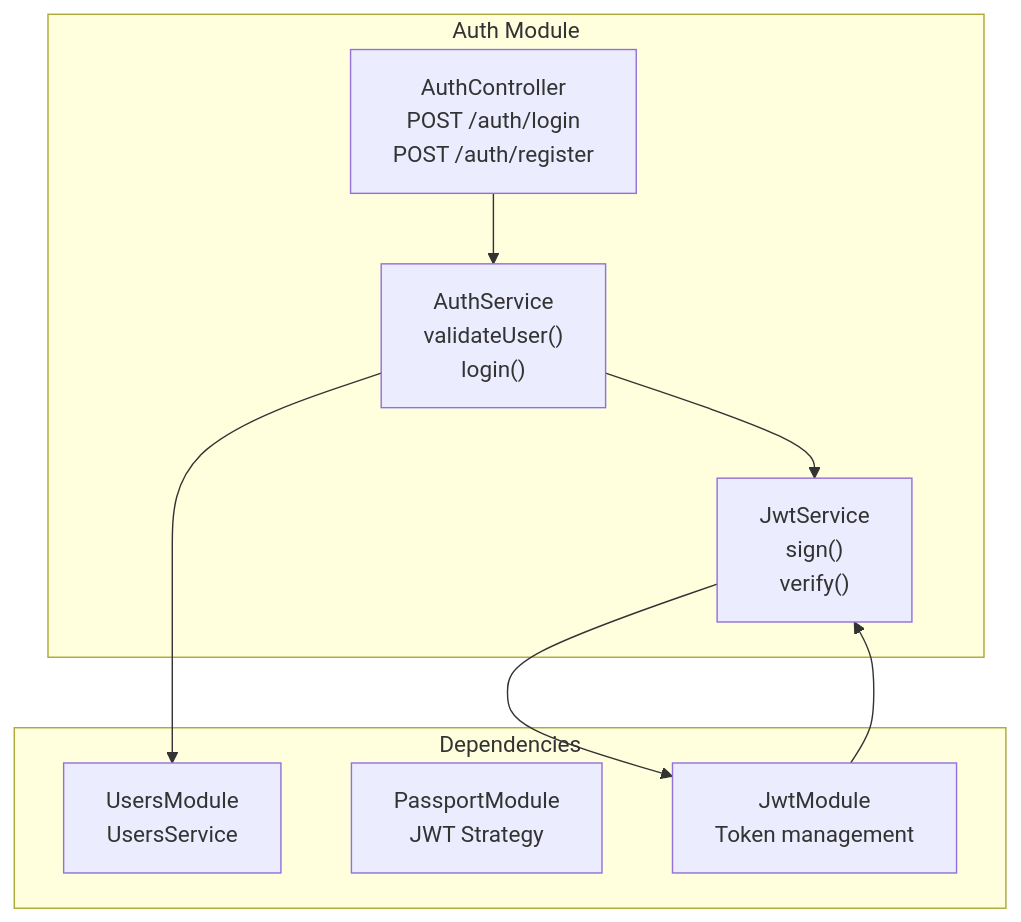
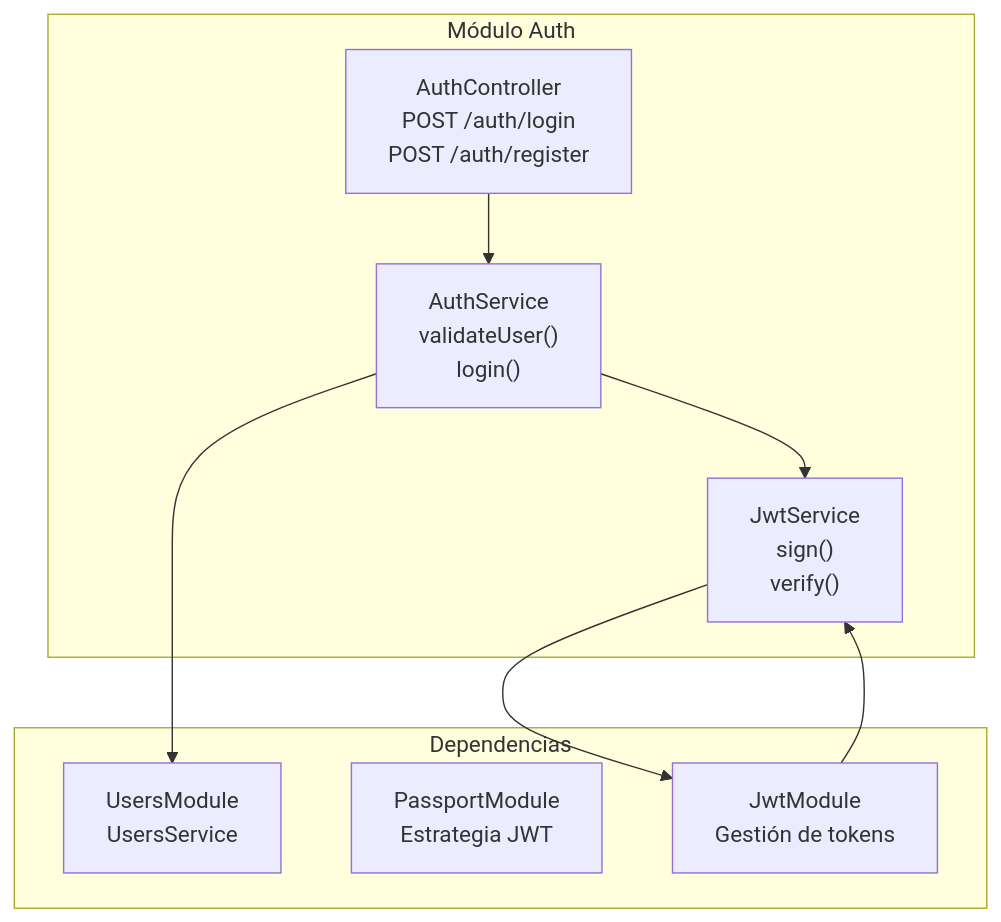
One commit to Byroncl/laboratory-reviews changed the first of 2 diagrams in docs-post-message/docs/backend/modules/auth.md. Above: the diagram before and after it, drawn with Mermaid. The commit also changed other lines of this file and 17 other files, not shown here.

Commit message:
refactor: implement clean architecture patterns with domains, repositories, use cases, constants, and comprehensive tests

````diff
--- a/docs-post-message/docs/backend/modules/auth.md
+++ b/docs-post-message/docs/backend/modules/auth.md
@@ -13,20 +13,20 @@
 ```mermaid
 graph TB
-    subgraph "Auth Module"
+    subgraph "Módulo Auth"
         Controller["AuthController<br/>POST /auth/login<br/>POST /auth/register"]
         Service["AuthService<br/>validateUser()<br/>login()"]
         JwtService["JwtService<br/>sign()<br/>verify()"]
     end
     
-    subgraph "Dependencies"
+    subgraph "Dependencias"
         UsersModule["UsersModule<br/>UsersService"]
-        PassportModule["PassportModule<br/>JWT Strategy"]
-        JwtModule["JwtModule<br/>Token management"]
+        PassportModule["PassportModule<br/>Estrategia JWT"]
+        JwtModule["JwtModule<br/>Gestión de tokens"]
     end
     
     Controller --> Service
     Service --> UsersModule
     Service --> JwtService
     JwtService --> JwtModule
     JwtModule --> JwtService
 ```
````
